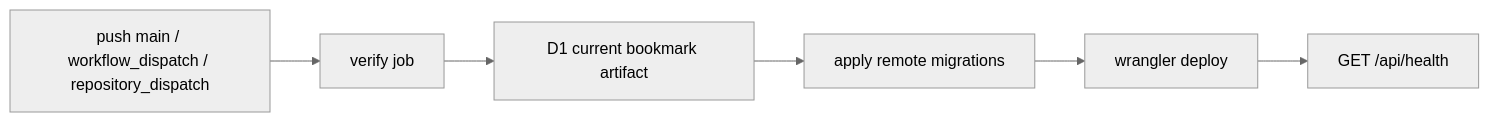
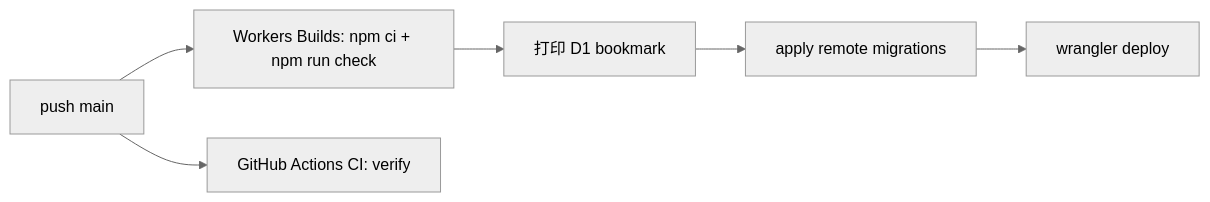
The diagram in docs/DEPLOYMENT.md (PlutoKeating/Project.BeenHere), drawn with Mermaid (neutral theme) before and after one commit. The commit also changed other lines of this file and 6 other files, not shown here.

First line of the commit message:
docs: document Workers Builds as the production release path

````diff
--- a/docs/DEPLOYMENT.md
+++ b/docs/DEPLOYMENT.md
@@ -114,12 +111,12 @@
 ```mermaid
 flowchart LR
-  Push[push main / workflow_dispatch / repository_dispatch]
-  Verify[verify job]
-  Backup[D1 current bookmark artifact]
+  Push[push main]
+  Build[Workers Builds: npm ci + npm run check]
+  Bookmark[打印 D1 bookmark]
   Migrate[apply remote migrations]
   Deploy[wrangler deploy]
-  Health[GET /api/health]
+  CI[GitHub Actions CI: verify]
 
-  Push --> Verify
-  Verify --> Backup --> Migrate --> Deploy --> Health
+  Push --> Build --> Bookmark --> Migrate --> Deploy
+  Push --> CI
 ```
````
